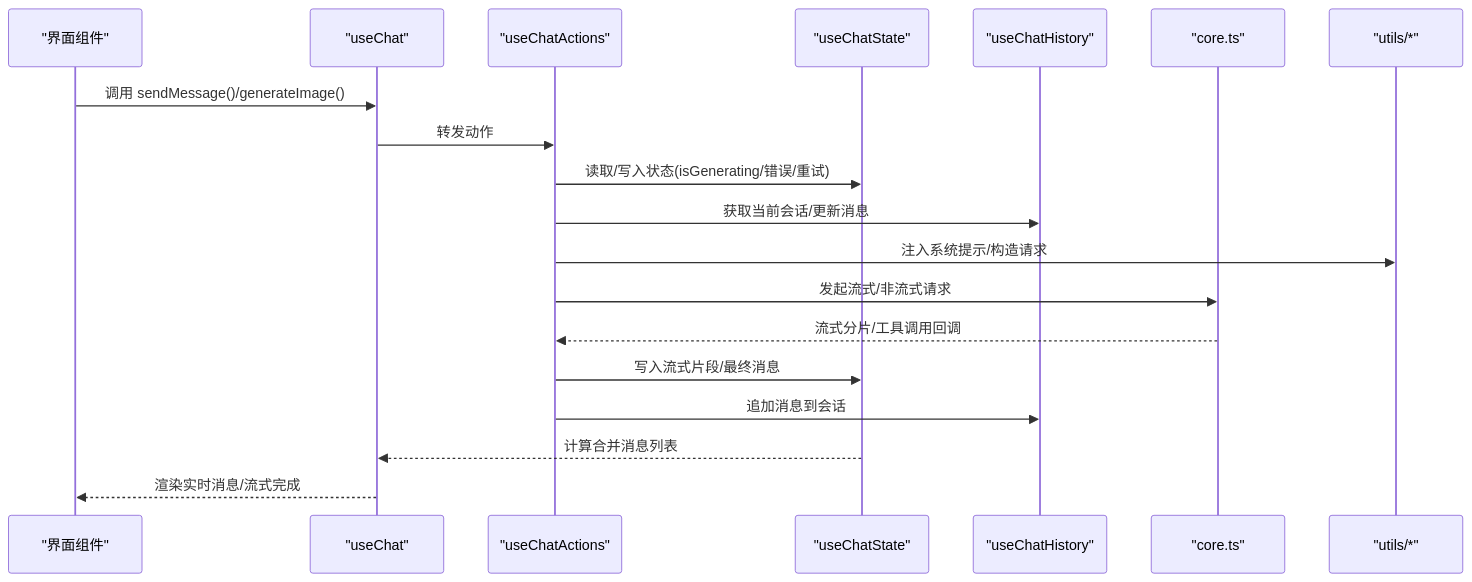
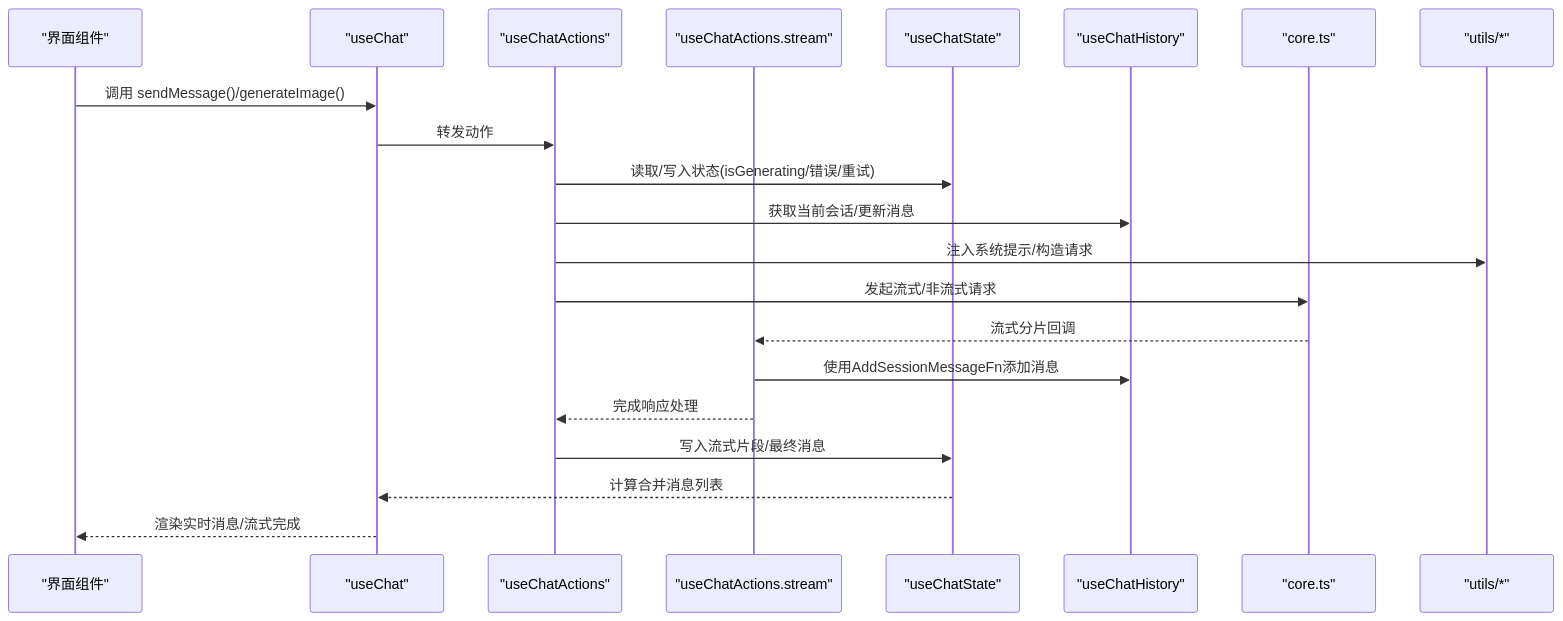
Before and after one commit to xixixiaoyu/Todo: the second of 6 diagrams in .qoder/repowiki/zh/content/核心模块/AI助手系统/对话管理.md, drawn with Mermaid. The commit also changed other lines of this file and 4 other files, not shown here.

````diff
--- a/.qoder/repowiki/zh/content/核心模块/AI助手系统/对话管理.md
+++ b/.qoder/repowiki/zh/content/核心模块/AI助手系统/对话管理.md
@@ -110,21 +124,23 @@
 ```mermaid
 sequenceDiagram
 participant UI as "界面组件"
 participant Chat as "useChat"
 participant Actions as "useChatActions"
+participant Stream as "useChatActions.stream"
 participant State as "useChatState"
 participant History as "useChatHistory"
 participant Core as "core.ts"
 participant Utils as "utils/*"
 UI->>Chat : 调用 sendMessage()/generateImage()
 Chat->>Actions : 转发动作
 Actions->>State : 读取/写入状态(isGenerating/错误/重试)
 Actions->>History : 获取当前会话/更新消息
 Actions->>Utils : 注入系统提示/构造请求
 Actions->>Core : 发起流式/非流式请求
-Core-->>Actions : 流式分片/工具调用回调
+Core-->>Stream : 流式分片回调
+Stream->>History : 使用AddSessionMessageFn添加消息
+Stream-->>Actions : 完成响应处理
 Actions->>State : 写入流式片段/最终消息
-Actions->>History : 追加消息到会话
 State-->>Chat : 计算合并消息列表
 Chat-->>UI : 渲染实时消息/流式完成
 ```
````
